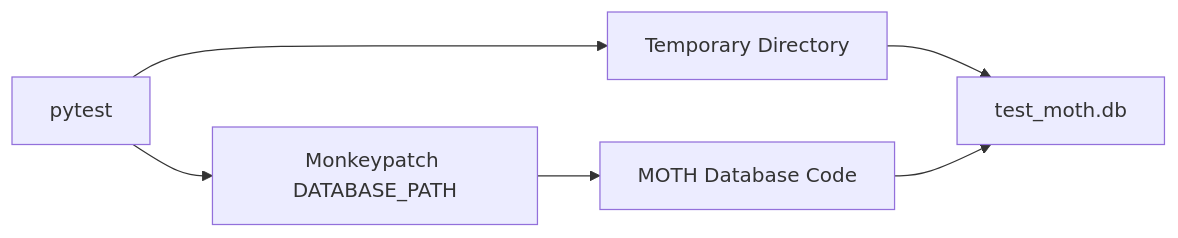
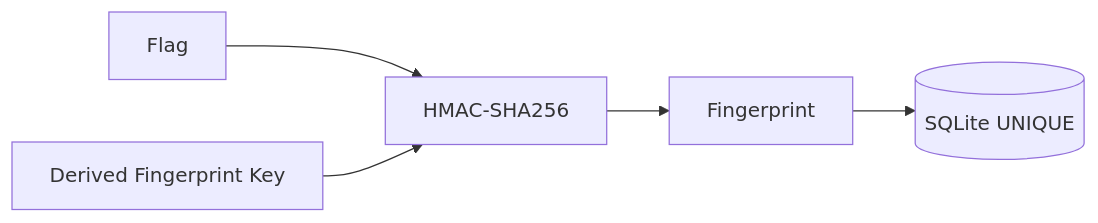
One commit to Denis-Krueger-labs/MOTH changed the third of 4 diagrams in README.md. Above: the diagram before and after it, drawn with Mermaid. The commit also changed other lines of this file and 1 other file, not shown here.

````diff
--- a/README.md
+++ b/README.md
@@ -958,9 +269,11 @@
 ```mermaid
 flowchart LR
-    P[pytest] --> T[Temporary Directory]
-    T --> D[test_moth.db]
+    FLAG[Flag]
+    KEY[Derived Fingerprint Key]
 
-    P --> M[Monkeypatch DATABASE_PATH]
-    M --> APP[MOTH Database Code]
-    APP --> D
+    FLAG --> HMAC[HMAC-SHA256]
+    KEY --> HMAC
+
+    HMAC --> FP[Fingerprint]
+    FP --> DB[(SQLite UNIQUE)]
 ```
````
